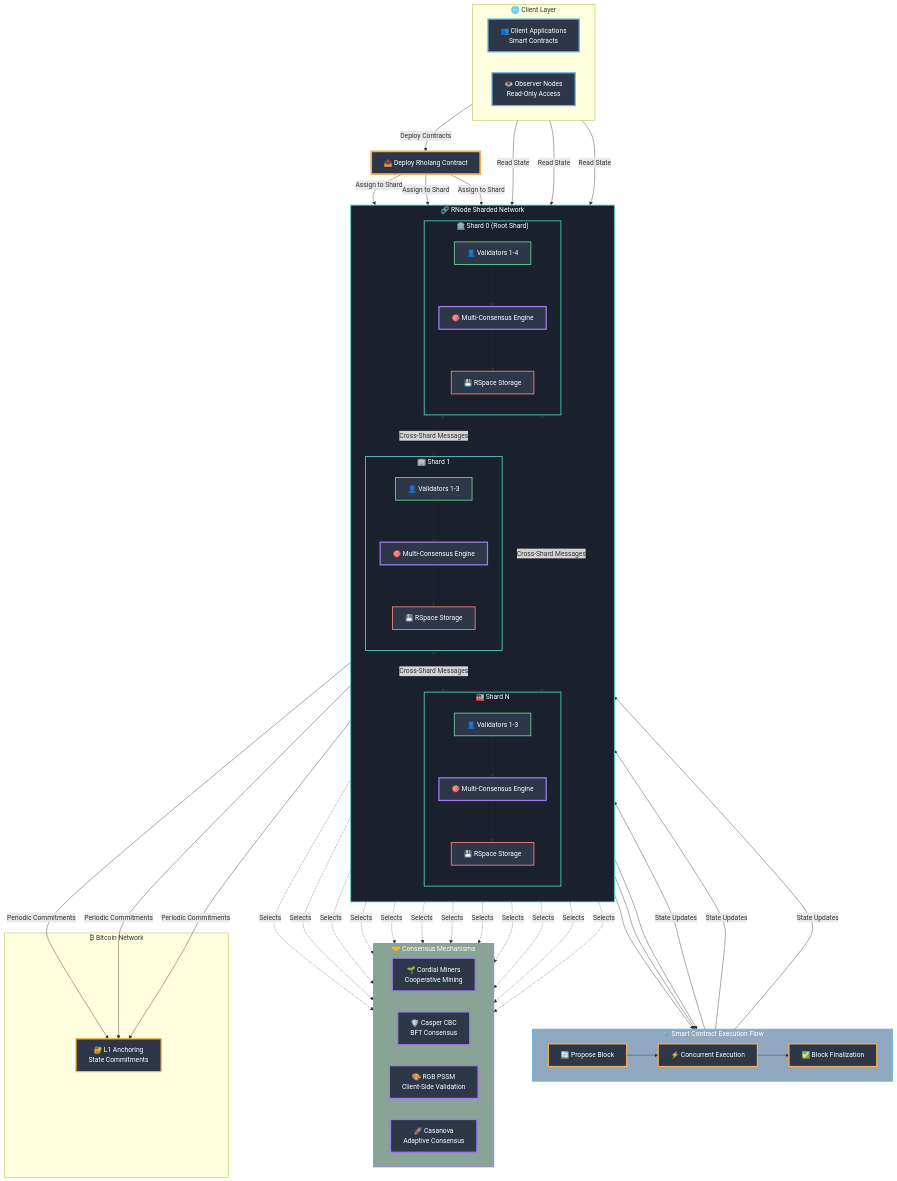
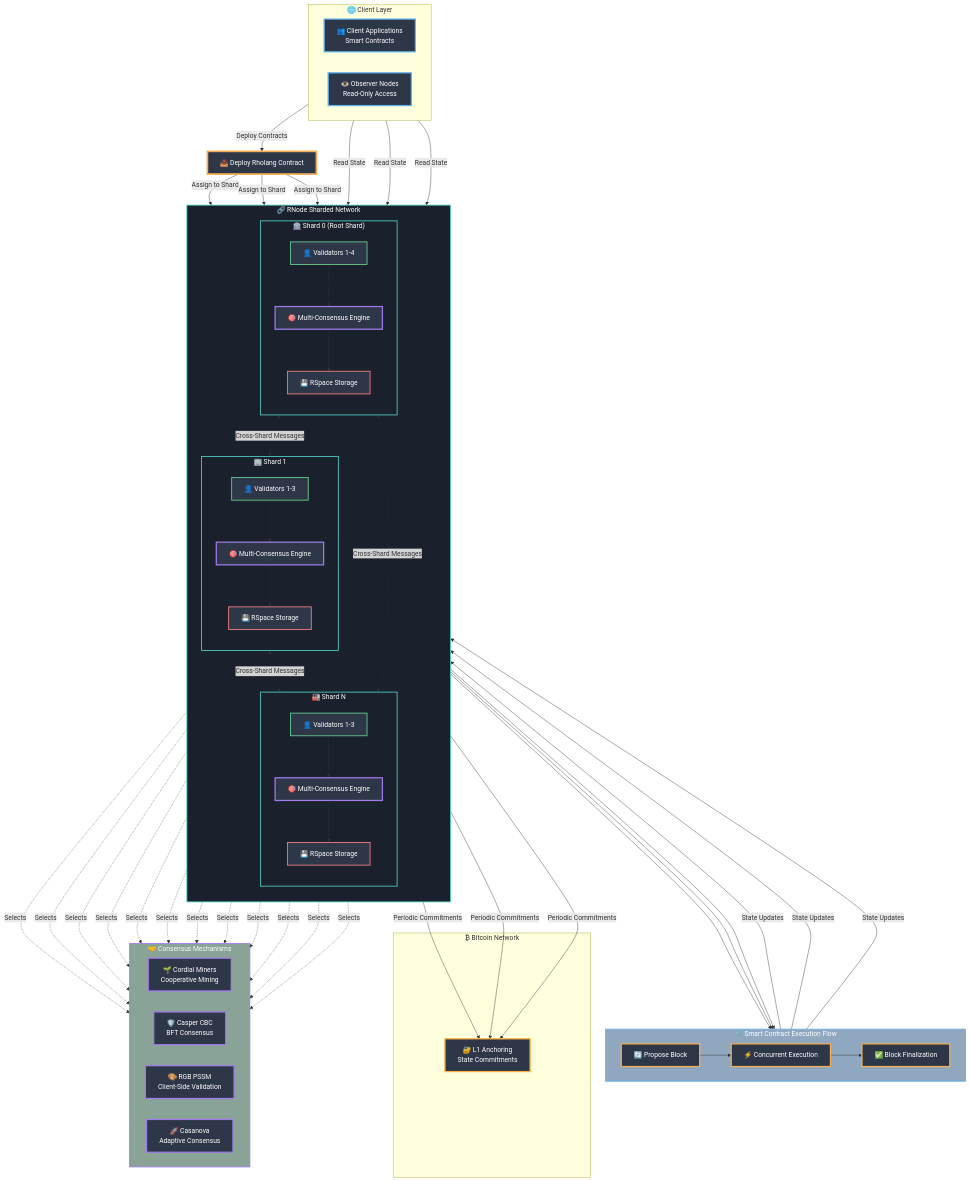
The diagram in docs/README.md (F1R3FLY-io/f1r3fly), drawn with Mermaid before and after one commit. The commit also changed other lines of this file, not shown here.

Commit message:
testing just consensus mech. box

```diff
--- a/docs/README.md
+++ b/docs/README.md
@@ -66,15 +66,6 @@
         end
     end
     
-    %% Consensus Mechanisms
-    subgraph ConsensusTypes["🤝 Consensus Mechanisms"]
-        direction LR
-        CM[🌱 Cordial Miners<br/>Cooperative Mining]
-        CBC[🛡️ Casper CBC<br/>BFT Consensus]
-        RGB[🎨 RGB PSSM<br/>Client-Side Validation]
-        CS[🚀 Casanova<br/>Adaptive Consensus]
-    end
-    
     %% Bitcoin Layer
     subgraph Bitcoin["₿ Bitcoin Network"]
         BTC[🔐 L1 Anchoring<br/>State Commitments]
@@ -127,6 +118,15 @@
     S1_RSpace -->|Periodic Commitments| BTC
     SN_RSpace -->|Periodic Commitments| BTC
     
+    %% Consensus Mechanisms
+    subgraph ConsensusTypes["🤝 Consensus Mechanisms"]
+        direction LR
+        CM[🌱 Cordial Miners<br/>Cooperative Mining]
+        CBC[🛡️ Casper CBC<br/>BFT Consensus]
+        RGB[🎨 RGB PSSM<br/>Client-Side Validation]
+        CS[🚀 Casanova<br/>Adaptive Consensus]
+    end
+    
     %% Dark theme optimized styling
     classDef client fill:#2d3748,stroke:#63b3ed,stroke-width:3px,color:#ffffff
     classDef deploy fill:#2d3748,stroke:#f6ad55,stroke-width:4px,color:#ffffff
```
